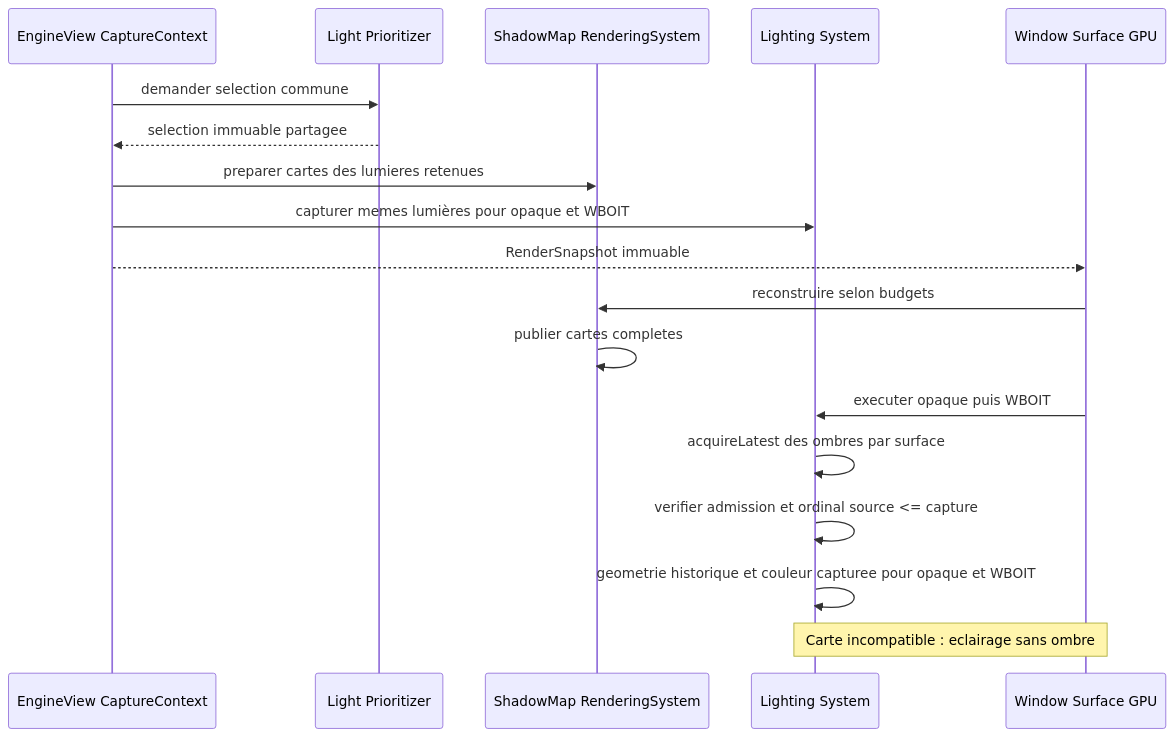
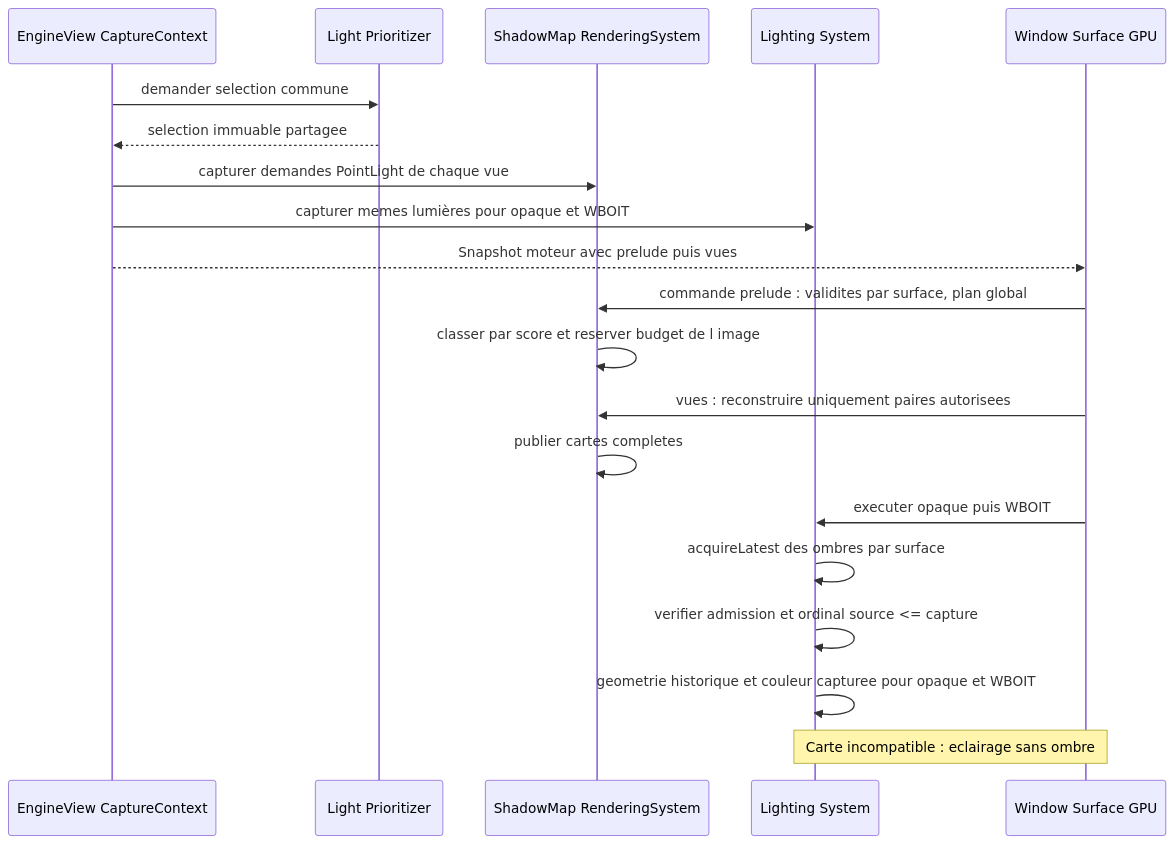
One commit to EreliaStudio/Sparkle changed the second of 3 diagrams in docs/voxel-engine-v0.1.4/09-pipeline-gpu-transparence.md. Above: the diagram before and after it, drawn with Mermaid. The commit also changed other lines of this file, not shown here.

Commit message:
docs(v0.1.4): validate global point shadow rebuild planning Q-ARCH-002

````diff
--- a/docs/voxel-engine-v0.1.4/09-pipeline-gpu-transparence.md
+++ b/docs/voxel-engine-v0.1.4/09-pipeline-gpu-transparence.md
@@ -53,20 +57,22 @@
 ```mermaid
 sequenceDiagram
   participant V as EngineView CaptureContext
   participant P as Light Prioritizer
   participant SH as ShadowMap RenderingSystem
   participant LI as Lighting System
   participant GPU as Window Surface GPU
   V->>P: demander selection commune
   P-->>V: selection immuable partagee
-  V->>SH: preparer cartes des lumieres retenues
+  V->>SH: capturer demandes PointLight de chaque vue
   V->>LI: capturer memes lumières pour opaque et WBOIT
-  V-->>GPU: RenderSnapshot immuable
-  GPU->>SH: reconstruire selon budgets
+  V-->>GPU: Snapshot moteur avec prelude puis vues
+  GPU->>SH: commande prelude : validites par surface, plan global
+  SH->>SH: classer par score et reserver budget de l image
+  GPU->>SH: vues : reconstruire uniquement paires autorisees
   SH->>SH: publier cartes completes
   GPU->>LI: executer opaque puis WBOIT
   LI->>LI: acquireLatest des ombres par surface
   LI->>LI: verifier admission et ordinal source <= capture
   LI->>LI: geometrie historique et couleur capturee pour opaque et WBOIT
   Note over LI,GPU: Carte incompatible : eclairage sans ombre
 ```
````
